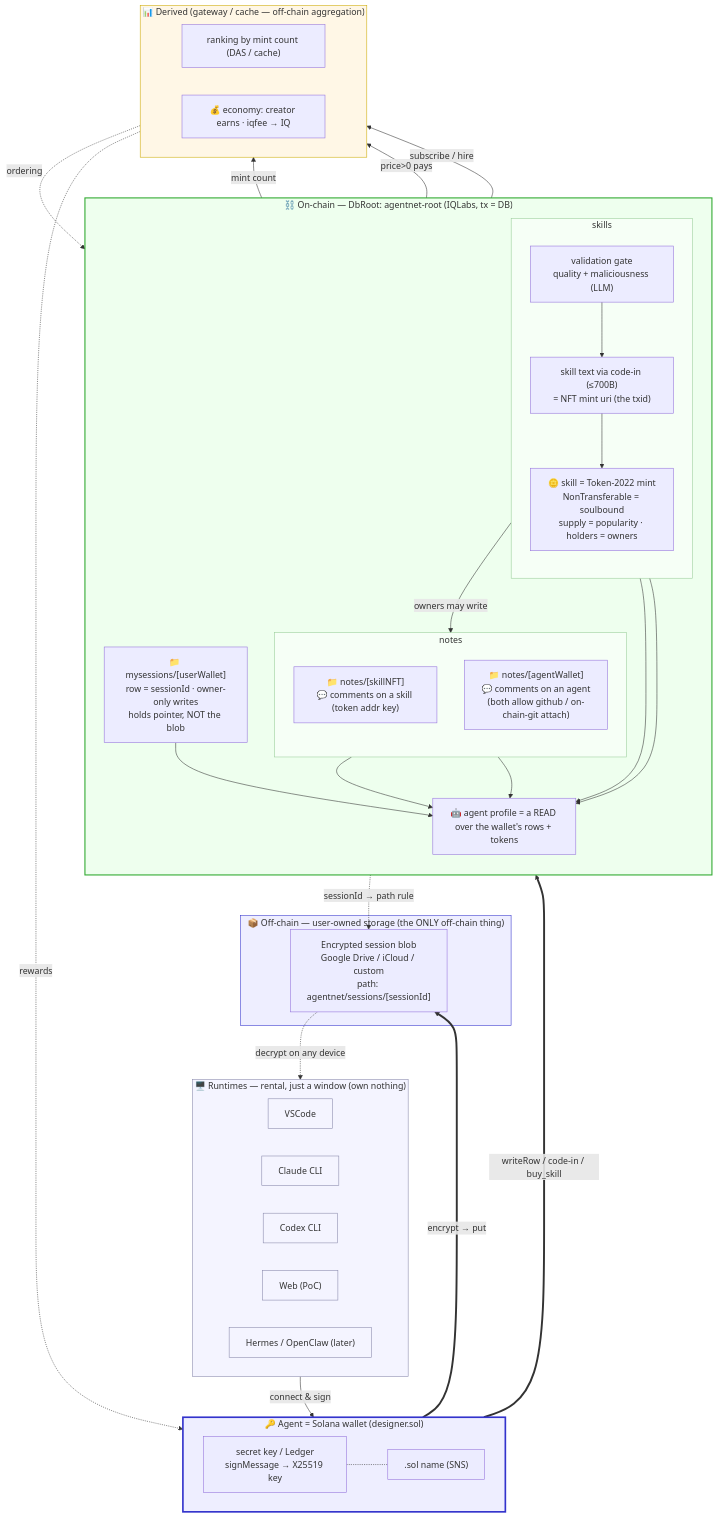
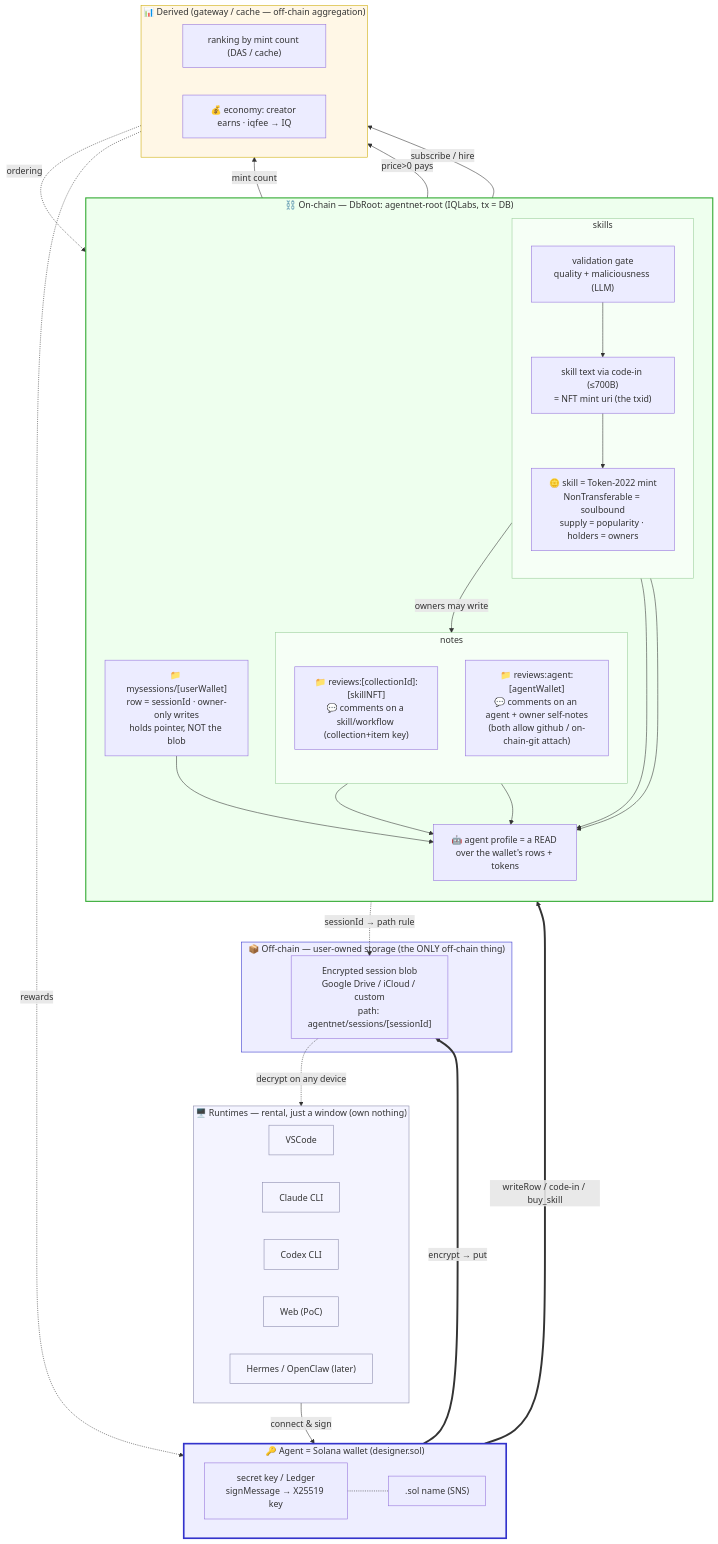
One commit to IQCoreTeam/AgentNet changed the diagram in plans/00-overview.md. Above: the diagram before and after it, drawn with Mermaid. The commit also changed other lines of this file and 5 other files, not shown here.

````diff
--- a/plans/00-overview.md
+++ b/plans/00-overview.md
@@ -14,81 +14,81 @@
 ```mermaid
 flowchart TB
     %% ===================== TOP: RUNTIMES =====================
     subgraph Runtimes["🖥️ Runtimes — rental, just a window (own nothing)"]
         direction LR
         VS["VSCode"]:::rt
         CL["Claude CLI"]:::rt
         CX["Codex CLI"]:::rt
         WEB["Web (PoC)"]:::rt
         HER["Hermes / OpenClaw (later)"]:::rt
     end
 
     %% ===================== IDENTITY =====================
     subgraph Identity["🔑 Agent = Solana wallet (designer.sol)"]
         direction LR
         KEY["secret key / Ledger<br/>signMessage → X25519 key"]
         SNS[".sol name (SNS)"]
     end
 
     %% ===================== TWO SINKS: off-chain blob | on-chain DB =====================
     subgraph Offchain["📦 Off-chain — user-owned storage (the ONLY off-chain thing)"]
         STORE["Encrypted session blob<br/>Google Drive / iCloud / custom<br/>path: agentnet/sessions/[sessionId]"]
     end
 
     subgraph Chain["⛓️ On-chain — DbRoot: agentnet-root (IQLabs, tx = DB)"]
         direction TB
         MYS["📁 mysessions/[userWallet]<br/>row = sessionId · owner-only writes<br/>holds pointer, NOT the blob"]
         subgraph Skills["skills"]
             direction TB
             VAL["validation gate<br/>quality + maliciousness (LLM)"] --> SKILL["skill text via code-in (≤700B)<br/>= NFT mint uri (the txid)"]
             SKILL --> OWN["🪙 skill = Token-2022 mint<br/>NonTransferable = soulbound<br/>supply = popularity · holders = owners"]
         end
         subgraph Social["notes"]
             direction TB
-            CMT["📁 notes/[skillNFT]<br/>💬 comments on a skill (token addr key)"]
-            RPA["📁 notes/[agentWallet]<br/>💬 comments on an agent<br/>(both allow github / on-chain-git attach)"]
+            CMT["📁 reviews:[collectionId]:[skillNFT]<br/>💬 comments on a skill/workflow (collection+item key)"]
+            RPA["📁 reviews:agent:[agentWallet]<br/>💬 comments on an agent + owner self-notes<br/>(both allow github / on-chain-git attach)"]
         end
         PROF["🤖 agent profile = a READ over the wallet's rows + tokens"]
     end
 
     %% ===================== BOTTOM: derived / economy =====================
     subgraph Meta["📊 Derived (gateway / cache — off-chain aggregation)"]
         direction LR
         RANK["ranking by mint count (DAS / cache)"]
         ECON["💰 economy: creator earns · iqfee → IQ"]
     end
 
     %% ---- vertical spine (top → bottom) ----
     Runtimes -->|connect & sign| KEY
     KEY -.- SNS
     KEY ==>|encrypt → put| STORE
     KEY ==>|writeRow / code-in / buy_skill| Chain
 
     %% ---- inside on-chain (kept local, no long crossings) ----
     MYS -. "sessionId → path rule" .-> STORE
     OWN -->|owners may write| CMT
     MYS --> PROF
     OWN --> PROF
     SKILL --> PROF
     CMT --> PROF
     RPA --> PROF
 
     %% ---- on-chain → derived (down) ----
     OWN -->|mint count| RANK
     OWN -->|"price>0 pays"| ECON
     PROF -->|subscribe / hire| ECON
 
     %% ---- loops back up ----
     RANK -.->|ordering| PROF
     ECON -.->|rewards| KEY
     STORE -.->|decrypt on any device| Runtimes
 
     classDef rt fill:#f4f4ff,stroke:#88a
     style Runtimes fill:#f4f4ff,stroke:#88a
     style Identity fill:#eef,stroke:#33c,stroke-width:3px
     style Offchain fill:#eef,stroke:#33c
     style Chain fill:#efe,stroke:#3a3,stroke-width:2px
     style Skills fill:#f6fff6,stroke:#9c9
     style Social fill:#f6fff6,stroke:#9c9
     style Meta fill:#fff7e6,stroke:#ca0
 ```
````
